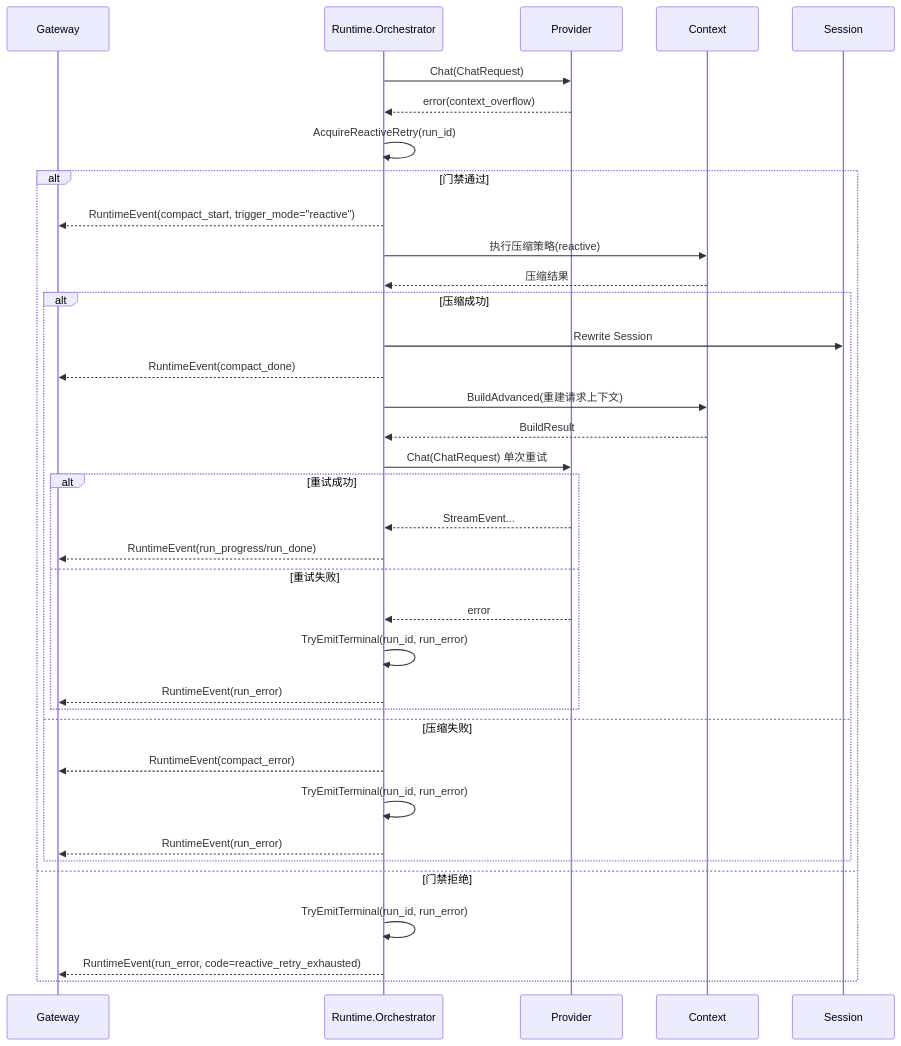
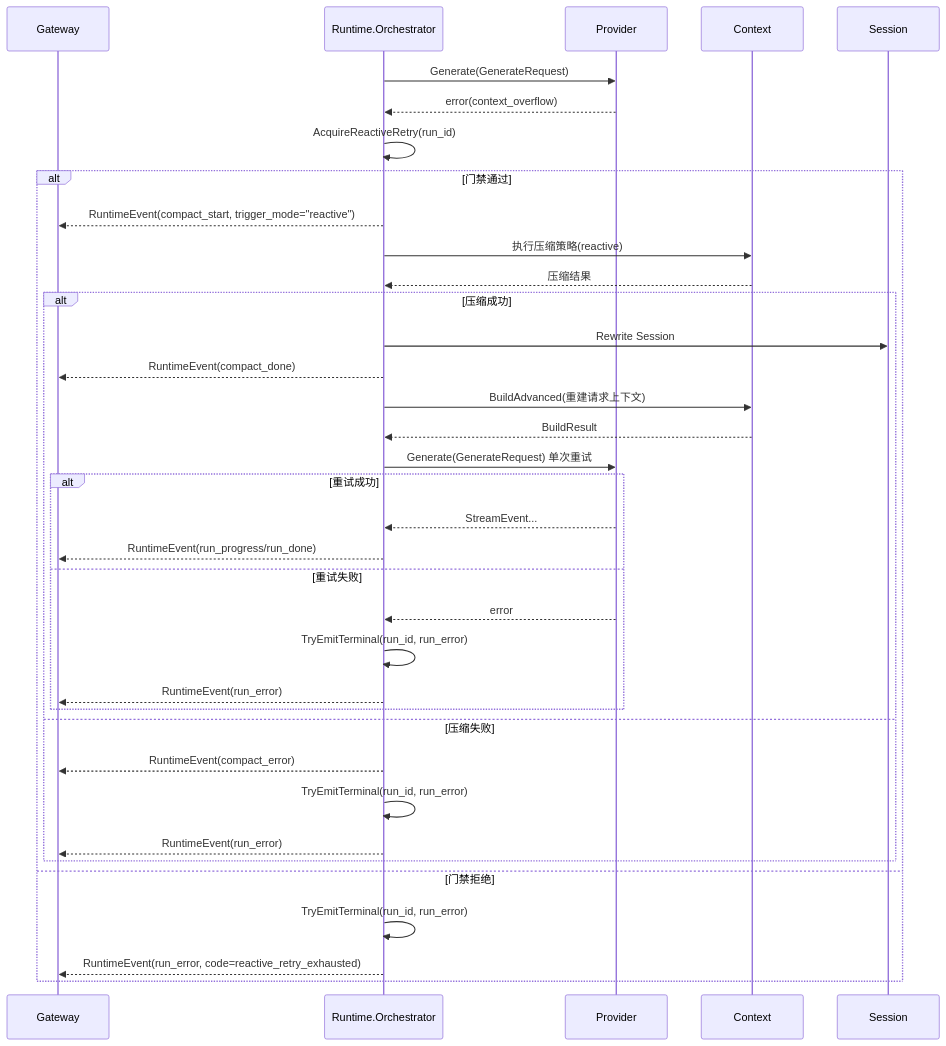
One commit to pionxe/neo-code changed the fourth of 6 diagrams in docs/architecture/runtime/README.md. Above: the diagram before and after it, drawn with Mermaid. The commit also changed other lines of this file and 5 other files, not shown here.

````diff
--- a/docs/architecture/runtime/README.md
+++ b/docs/architecture/runtime/README.md
@@ -156,42 +156,42 @@
 ```mermaid
 sequenceDiagram
     participant GW as Gateway
     participant RT as Runtime.Orchestrator
     participant PV as Provider
     participant CTX as Context
     participant SS as Session
 
-    RT->>PV: Chat(ChatRequest)
+    RT->>PV: Generate(GenerateRequest)
     PV-->>RT: error(context_overflow)
     RT->>RT: AcquireReactiveRetry(run_id)
 
     alt 门禁通过
         RT-->>GW: RuntimeEvent(compact_start, trigger_mode="reactive")
         RT->>CTX: 执行压缩策略(reactive)
         CTX-->>RT: 压缩结果
 
         alt 压缩成功
             RT->>SS: Rewrite Session
             RT-->>GW: RuntimeEvent(compact_done)
             RT->>CTX: BuildAdvanced(重建请求上下文)
             CTX-->>RT: BuildResult
-            RT->>PV: Chat(ChatRequest) 单次重试
+            RT->>PV: Generate(GenerateRequest) 单次重试
             alt 重试成功
                 PV-->>RT: StreamEvent...
                 RT-->>GW: RuntimeEvent(run_progress/run_done)
             else 重试失败
                 PV-->>RT: error
                 RT->>RT: TryEmitTerminal(run_id, run_error)
                 RT-->>GW: RuntimeEvent(run_error)
             end
         else 压缩失败
             RT-->>GW: RuntimeEvent(compact_error)
             RT->>RT: TryEmitTerminal(run_id, run_error)
             RT-->>GW: RuntimeEvent(run_error)
         end
 
     else 门禁拒绝
         RT->>RT: TryEmitTerminal(run_id, run_error)
         RT-->>GW: RuntimeEvent(run_error, code=reactive_retry_exhausted)
     end
 ```
````
